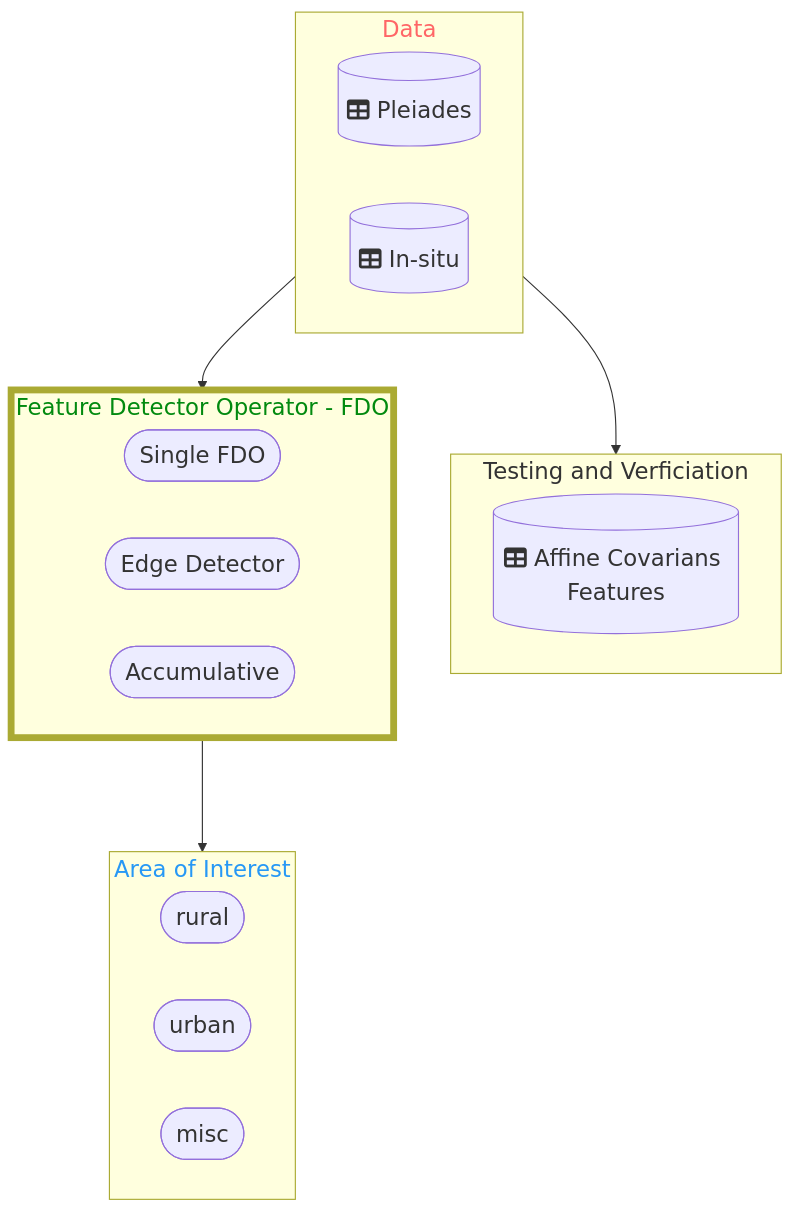
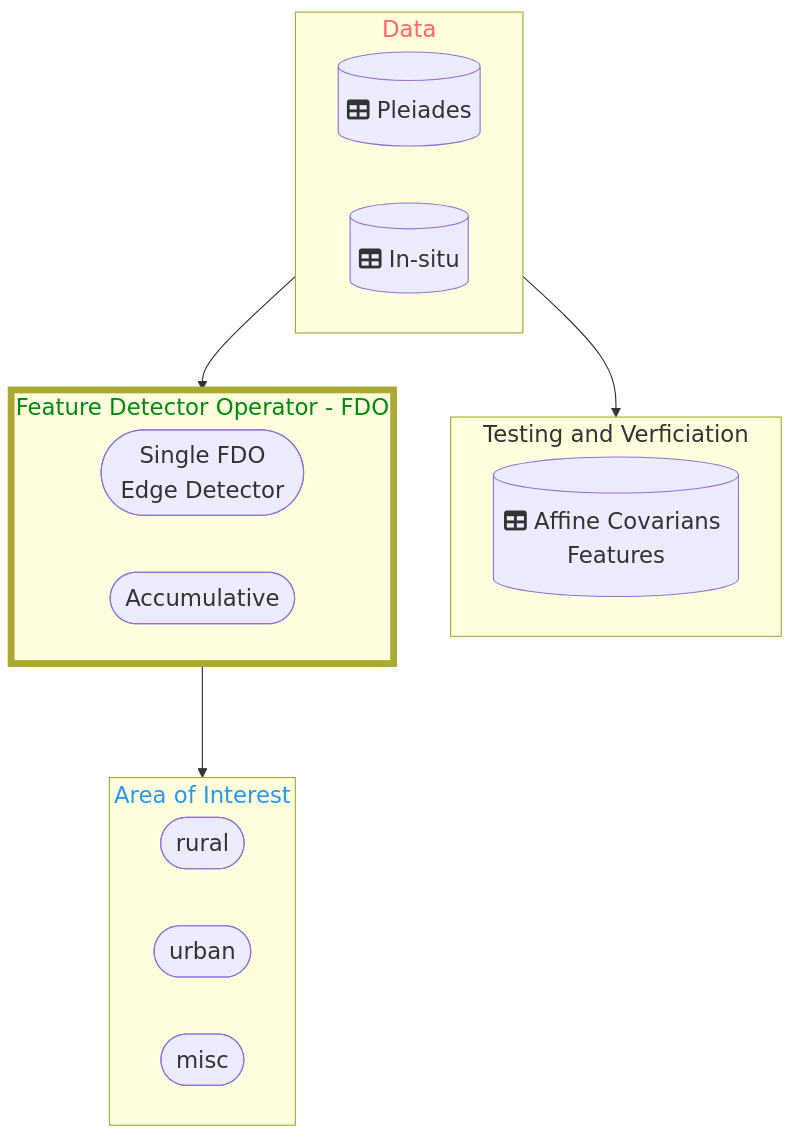
The diagram in Application/README.md (DippoldEJ/Feature-Detection-and-Explanation), drawn with Mermaid before and after one commit.

````diff
--- a/Application/README.md
+++ b/Application/README.md
@@ -13,41 +13,40 @@
 ```mermaid
 flowchart TD;
 %%{init: {
 	'themeVariables': { 'fontSize': '20px', 'fontFamily': 'Didot'}
 	}
 }%%
 
  subgraph n[Data]
         direction LR
         h[(fa:fa-table Pleiades)]
 		s[(fa:fa-table In-situ)]
     end
 
  subgraph q[Testing and Verficiation]
         direction LR
         r[(fa:fa-table Affine Covarians Features)]
     end
 
  subgraph o[Feature Detector Operator - FDO]
         direction LR
-        j([Single FDO])
-        k([Edge Detector])
+        j([Single FDO <br /> Edge Detector])
         m([Accumulative])
     end
 
 subgraph p[Area of Interest]
     a([rural])
     b([urban])
     c([misc])
     end
 
 style n color:#f66
 style o stroke-width:6px
 style o color:#028A0F
 style p color:#2798F5
 
 n-->o
 o-->p
 n-->q
 
 ```
````
